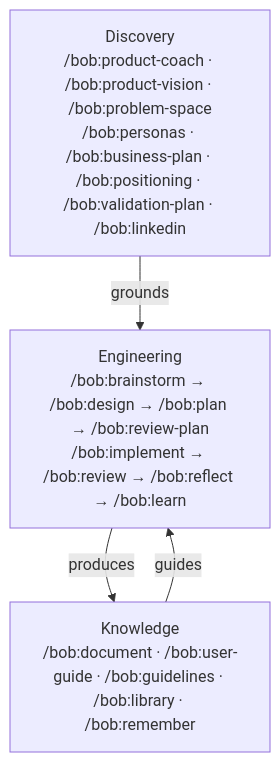
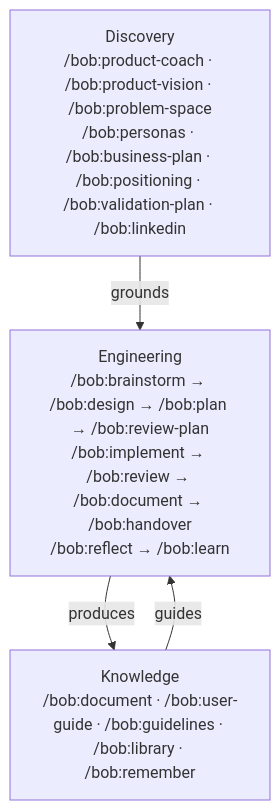
Before and after one commit to bofrese/bob: the diagram in README.md, drawn with Mermaid. The commit also changed other lines of this file and 12 other files, not shown here.

First line of the commit message:
BOB-008: flow, pm/dev routing, catalog, README and user guide for Document, Handover, architect, writing; plugin 3.0.0

````diff
--- a/README.md
+++ b/README.md
@@ -56,10 +56,10 @@
 ```mermaid
 graph TD
     D["Discovery<br/>/bob:product-coach · /bob:product-vision · /bob:problem-space<br/>/bob:personas · /bob:business-plan · /bob:positioning · /bob:validation-plan · /bob:linkedin"]
-    E["Engineering<br/>/bob:brainstorm → /bob:design → /bob:plan → /bob:review-plan<br/>/bob:implement → /bob:review → /bob:reflect → /bob:learn"]
+    E["Engineering<br/>/bob:brainstorm → /bob:design → /bob:plan → /bob:review-plan<br/>/bob:implement → /bob:review → /bob:document → /bob:handover<br/>/bob:reflect → /bob:learn"]
     K["Knowledge<br/>/bob:document · /bob:user-guide · /bob:guidelines · /bob:library · /bob:remember"]
 
     D -->|grounds| E
     E -->|produces| K
     K -->|guides| E
 ```
````
